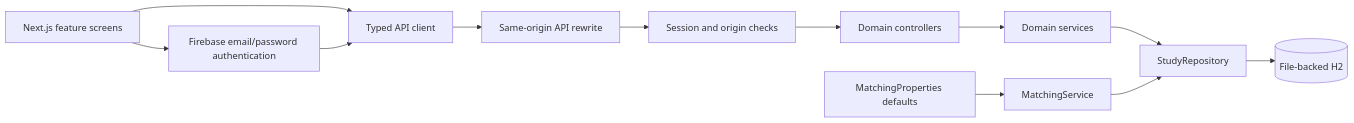
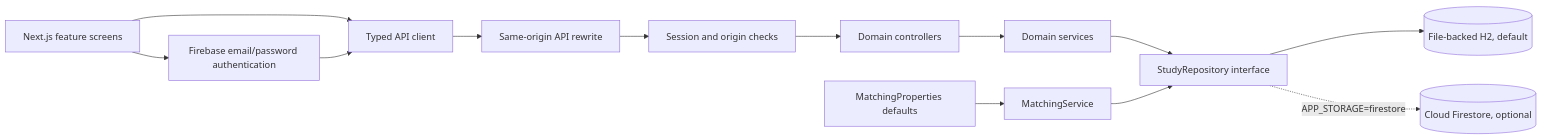
The first of 2 diagrams in docs/architecture.md (hengryman-03/OOP), drawn with Mermaid before and after one commit. The commit also changed other lines of this file and 13 other files, not shown here.

````diff
--- a/docs/architecture.md
+++ b/docs/architecture.md
@@ -5,14 +5,15 @@
 ```mermaid
 flowchart LR
     UI[Next.js feature screens] --> Client[Typed API client]
     UI --> FirebaseAuth[Firebase email/password authentication]
     FirebaseAuth --> Client
     Client --> Proxy[Same-origin API rewrite]
     Proxy --> Session[Session and origin checks]
     Session --> Controllers[Domain controllers]
     Controllers --> Services[Domain services]
-    Services --> Repository[StudyRepository]
-    Repository --> H2[(File-backed H2)]
+    Services --> Repository[StudyRepository interface]
+    Repository --> H2[(File-backed H2, default)]
+    Repository -. APP_STORAGE=firestore .-> Firestore[(Cloud Firestore, optional)]
     Config[MatchingProperties defaults] --> Matching[MatchingService]
     Matching --> Repository
 ```
````
